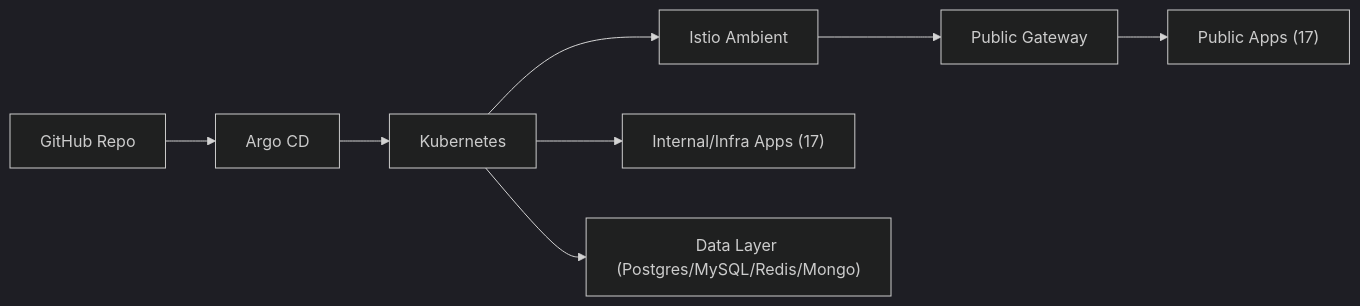
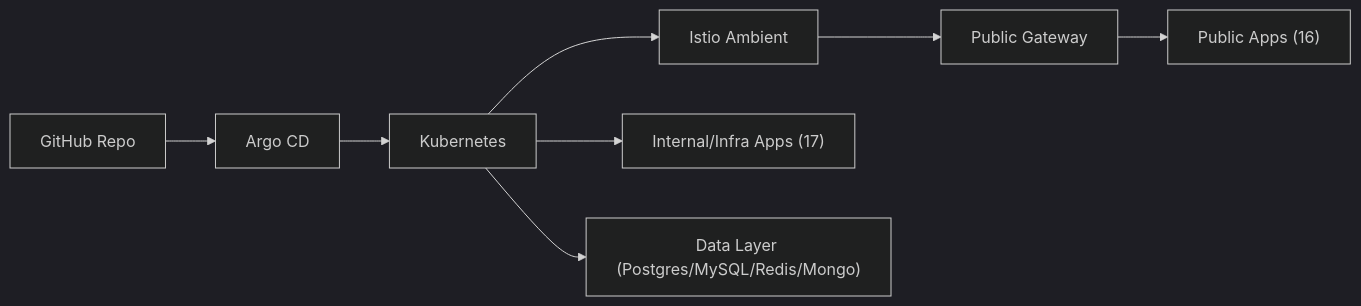
Before and after one commit to noeulnight/homelab: the diagram in README.md, drawn with Mermaid (dark theme). The commit also changed other lines of this file and 30 other files, not shown here.

````diff
--- a/README.md
+++ b/README.md
@@ -13,10 +13,10 @@
 ```mermaid
 flowchart LR
   GitHub["GitHub Repo"] --> Argo["Argo CD"]
   Argo --> K8s["Kubernetes"]
   K8s --> Istio["Istio Ambient"]
   Istio --> Gateway["Public Gateway"]
-  Gateway --> PublicApps["Public Apps (17)"]
+  Gateway --> PublicApps["Public Apps (16)"]
   K8s --> InternalApps["Internal/Infra Apps (17)"]
   K8s --> Data["Data Layer (Postgres/MySQL/Redis/Mongo)"]
 ```
````
